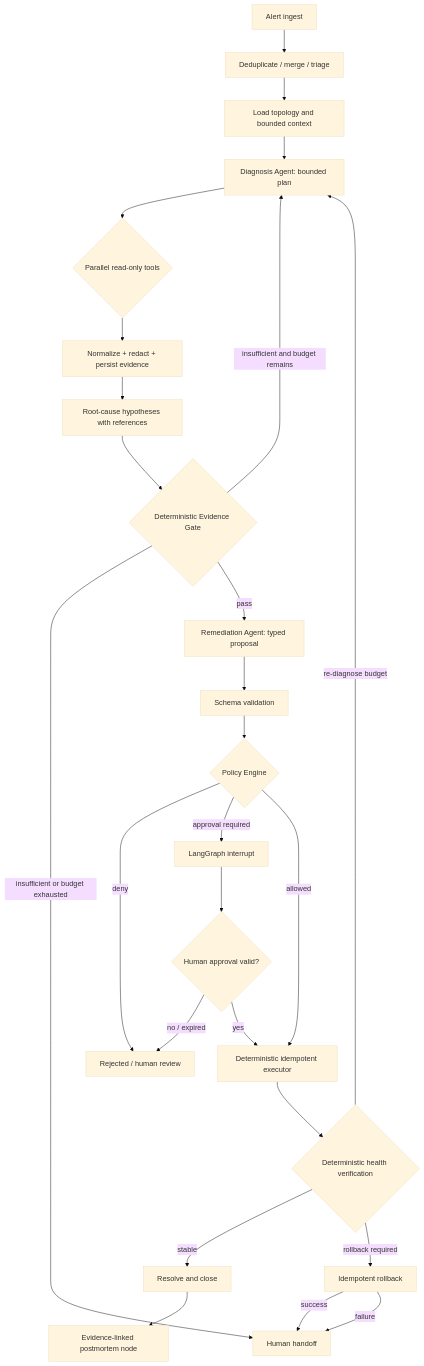
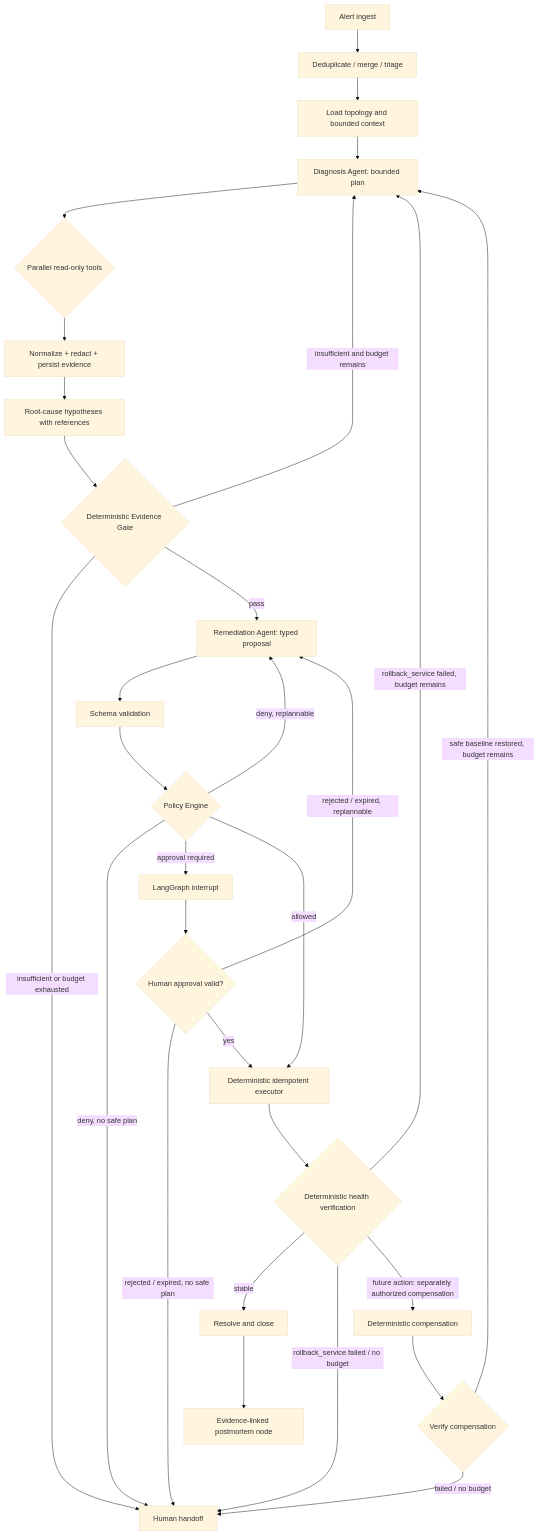
One commit to Eternity0211/AgentOps changed the second of 3 diagrams in docs/ARCHITECTURE.md. Above: the diagram before and after it, drawn with Mermaid (base theme). The commit also changed other lines of this file and 12 other files, not shown here.

````diff
--- a/docs/ARCHITECTURE.md
+++ b/docs/ARCHITECTURE.md
@@ -44,28 +44,32 @@
 ```mermaid
 flowchart TD
     A[Alert ingest] --> D[Deduplicate / merge / triage]
     D --> C[Load topology and bounded context]
     C --> DA[Diagnosis Agent: bounded plan]
     DA --> P{Parallel read-only tools}
     P --> E[Normalize + redact + persist evidence]
     E --> H[Root-cause hypotheses with references]
     H --> G{Deterministic Evidence Gate}
     G -->|insufficient and budget remains| DA
     G -->|insufficient or budget exhausted| X[Human handoff]
     G -->|pass| RA[Remediation Agent: typed proposal]
     RA --> S[Schema validation]
     S --> PE{Policy Engine}
-    PE -->|deny| R[Rejected / human review]
+    PE -->|deny, replannable| RA
+    PE -->|deny, no safe plan| X
     PE -->|approval required| I[LangGraph interrupt]
     I --> AP{Human approval valid?}
-    AP -->|no / expired| R
+    AP -->|rejected / expired, replannable| RA
+    AP -->|rejected / expired, no safe plan| X
     AP -->|yes| EX[Deterministic idempotent executor]
     PE -->|allowed| EX
     EX --> V{Deterministic health verification}
     V -->|stable| CL[Resolve and close]
-    V -->|re-diagnose budget| DA
-    V -->|rollback required| RB[Idempotent rollback]
-    RB -->|success| X
-    RB -->|failure| X
+    V -->|rollback_service failed, budget remains| DA
+    V -->|rollback_service failed / no budget| X
+    V -->|future action: separately authorized compensation| CP[Deterministic compensation]
+    CP --> CV{Verify compensation}
+    CV -->|safe baseline restored, budget remains| DA
+    CV -->|failed / no budget| X
     CL --> PM[Evidence-linked postmortem node]
 ```
````
